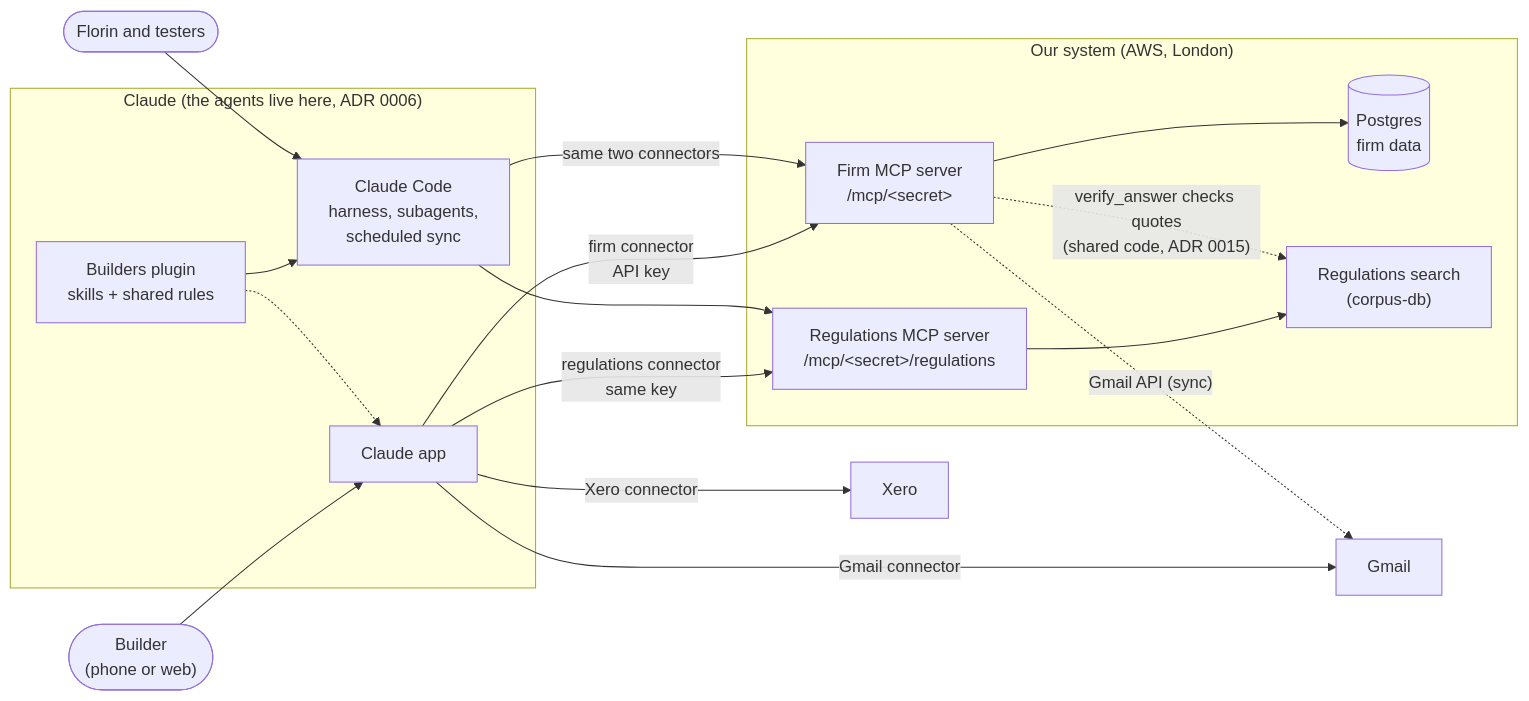
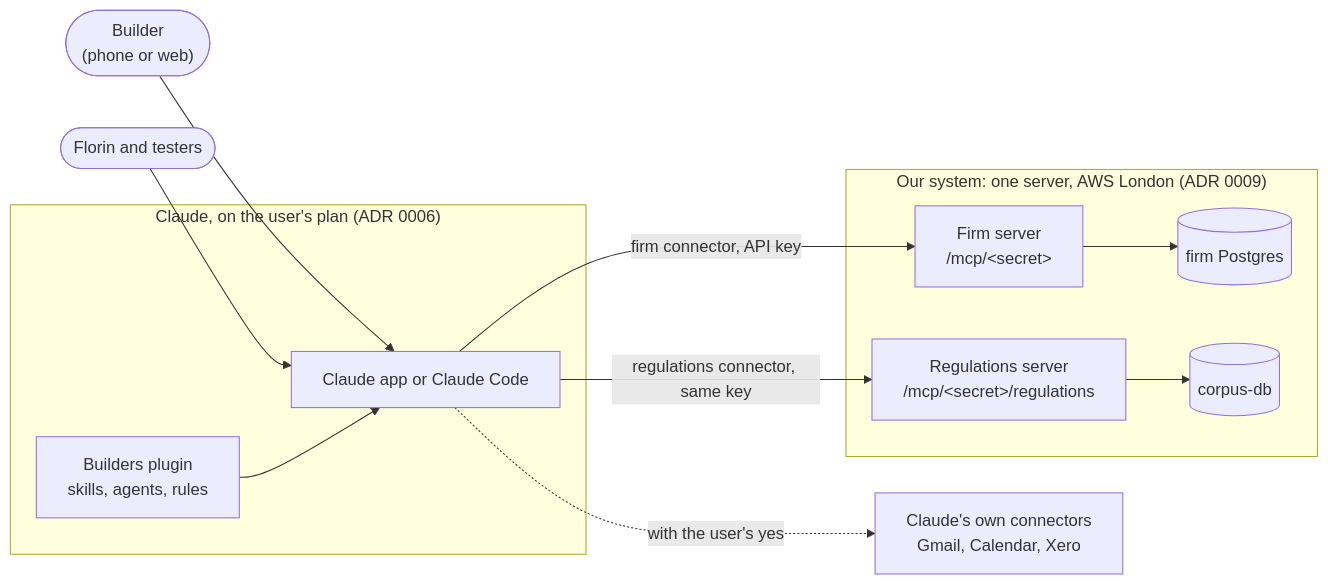
One commit to florinmarcus/builders_lab changed the first of 2 diagrams in architecture/ARCHITECTURE.md. Above: the diagram before and after it, drawn with Mermaid. The commit also changed other lines of this file, not shown here.

First line of the commit message:
Architecture overview: high level, the agents, a map of the four designs (ADR 0020)

````diff
--- a/architecture/ARCHITECTURE.md
+++ b/architecture/ARCHITECTURE.md
@@ -9,36 +9,28 @@
 ```mermaid
 flowchart LR
     builder(["Builder<br/>(phone or web)"])
     dev(["Florin and testers"])
 
-    subgraph claude["Claude (the agents live here, ADR 0006)"]
-        app["Claude app"]
-        code["Claude Code<br/>harness, subagents,<br/>scheduled sync"]
-        plugin["Builders plugin<br/>skills + shared rules"]
+    subgraph claude["Claude, on the user's plan (ADR 0006)"]
+        app["Claude app or Claude Code"]
+        plugin["Builders plugin<br/>skills, agents, rules"]
     end
 
-    subgraph ours["Our system (AWS, London)"]
-        mcp["Firm MCP server<br/>/mcp/&lt;secret&gt;"]
-        regs["Regulations MCP server<br/>/mcp/&lt;secret&gt;/regulations"]
-        db[("Postgres<br/>firm data")]
-        rag["Regulations search<br/>(corpus-db)"]
+    subgraph aws["Our system: one server, AWS London (ADR 0009)"]
+        firm["Firm server<br/>/mcp/&lt;secret&gt;"]
+        regs["Regulations server<br/>/mcp/&lt;secret&gt;/regulations"]
+        fdb[("firm Postgres")]
+        cdb[("corpus-db")]
     end
 
-    gmail["Gmail"]
-    xero["Xero"]
+    others["Claude's own connectors<br/>Gmail, Calendar, Xero"]
 
     builder --> app
-    plugin -.-> app
-    plugin --> code
-    dev --> code
-    app -->|"Gmail connector"| gmail
-    app -->|"Xero connector"| xero
-    app -->|"firm connector<br/>API key"| mcp
-    app -->|"regulations connector<br/>same key"| regs
-    code -->|"same two connectors"| mcp
-    code --> regs
-    mcp --> db
-    regs --> rag
-    mcp -.->|"verify_answer checks quotes<br/>(shared code, ADR 0015)"| rag
-    mcp -.->|"Gmail API (sync)"| gmail
+    dev --> app
+    plugin --> app
+    app -->|"firm connector, API key"| firm
+    app -->|"regulations connector, same key"| regs
+    app -.->|"with the user's yes"| others
+    firm --> fdb
+    regs --> cdb
 ```
````
